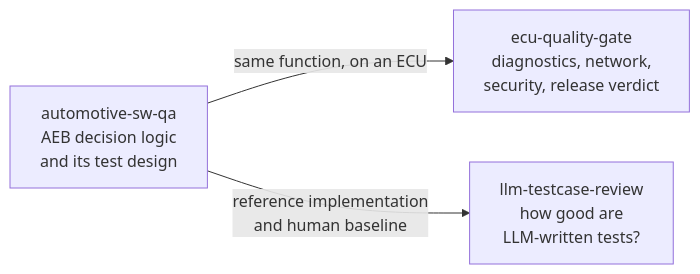
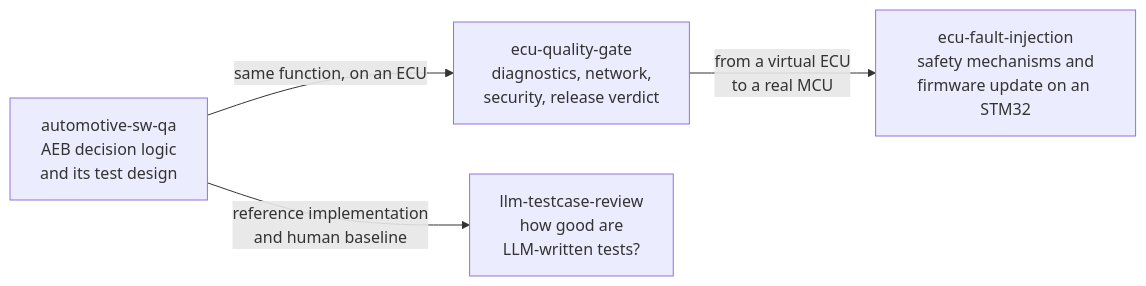
The diagram in README.md (eungyun-im/eungyun-im), drawn with Mermaid before and after one commit. The commit also changed other lines of this file, not shown here.

````diff
--- a/README.md
+++ b/README.md
@@ -35,5 +37,6 @@
 ```mermaid
 flowchart LR
     A[automotive-sw-qa<br>AEB decision logic<br>and its test design] -- same function, on an ECU --> B[ecu-quality-gate<br>diagnostics, network,<br>security, release verdict]
     A -- reference implementation<br>and human baseline --> C[llm-testcase-review<br>how good are<br>LLM-written tests?]
+    B -- from a virtual ECU<br>to a real MCU --> D[ecu-fault-injection<br>safety mechanisms and<br>firmware update on an STM32]
 ```
````
